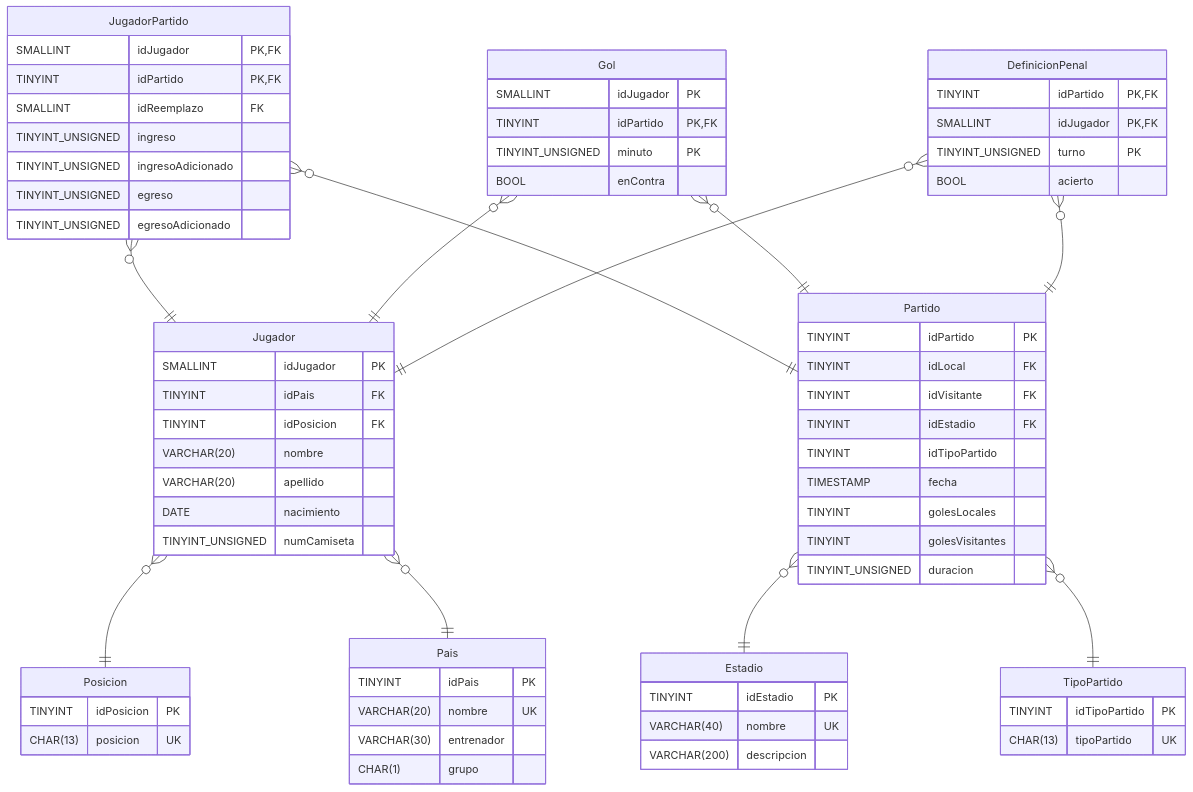
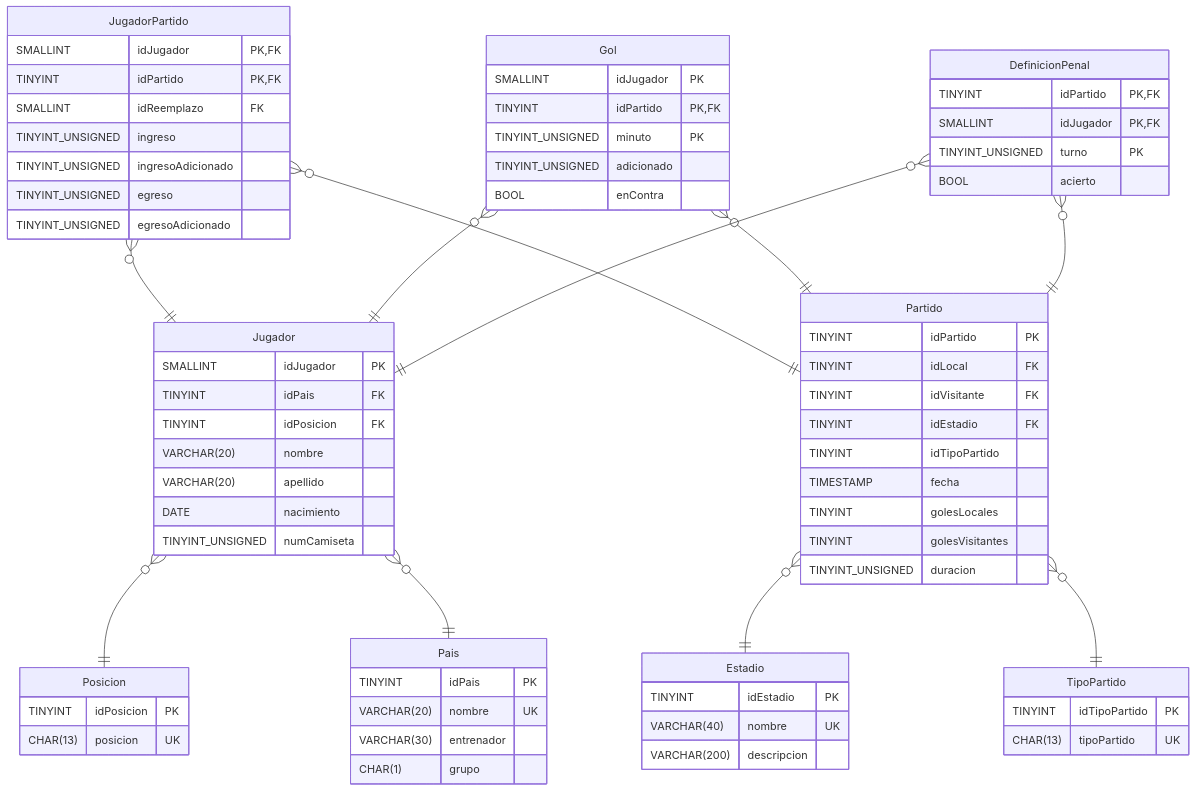
One commit to PasandiLuka/BD-Mundial22 changed the diagram in README.md. Above: the diagram before and after it, drawn with Mermaid. The commit also changed other lines of this file and 4 other files, not shown here.

````diff
--- a/README.md
+++ b/README.md
@@ -6,76 +11,77 @@
 ```mermaid
 erDiagram
     Pais{   
         TINYINT idPais PK
         VARCHAR(20) nombre UK
         VARCHAR(30) entrenador
         CHAR(1) grupo
     }
     Estadio{
         TINYINT idEstadio PK
         VARCHAR(40) nombre UK
         VARCHAR(200) descripcion
     }
     TipoPartido{
         TINYINT idTipoPartido PK
         CHAR(13) tipoPartido UK
     }
     Partido{
         TINYINT idPartido PK
         TINYINT idLocal FK
         TINYINT idVisitante FK
         TINYINT idEstadio FK
         TINYINT idTipoPartido
         TIMESTAMP fecha
         TINYINT golesLocales
         TINYINT golesVisitantes
         TINYINT_UNSIGNED duracion
     }
     Posicion{
         TINYINT idPosicion PK
         CHAR(13) posicion UK
     }
     Jugador{
         SMALLINT idJugador PK
         TINYINT idPais FK
         TINYINT idPosicion FK
         VARCHAR(20) nombre
         VARCHAR(20) apellido
         DATE nacimiento 
         TINYINT_UNSIGNED numCamiseta
     }
     JugadorPartido{
         SMALLINT idJugador PK, FK
         TINYINT idPartido PK, FK
         SMALLINT idReemplazo FK
         TINYINT_UNSIGNED ingreso
         TINYINT_UNSIGNED ingresoAdicionado
         TINYINT_UNSIGNED egreso
         TINYINT_UNSIGNED egresoAdicionado
     }
     Gol{
         SMALLINT idJugador PK
         TINYINT idPartido PK, FK
         TINYINT_UNSIGNED minuto PK
+        TINYINT_UNSIGNED adicionado
         BOOL enContra
     }
     DefinicionPenal{
         TINYINT idPartido PK, FK
         SMALLINT idJugador PK, FK
         TINYINT_UNSIGNED turno PK
         BOOL acierto
     }
 
     Jugador }o--|| Posicion :""
     Jugador }o--|| Pais :""
     Partido }o--|| Estadio :""
     Partido }o--|| TipoPartido :""
     JugadorPartido }o--|| Jugador :""
     JugadorPartido }o--|| Partido :""
     Gol }o--|| Jugador :""
     Gol }o--|| Partido :""
     DefinicionPenal }o--|| Jugador :""
     DefinicionPenal }o--|| Partido :""
 
 
 ```
````
